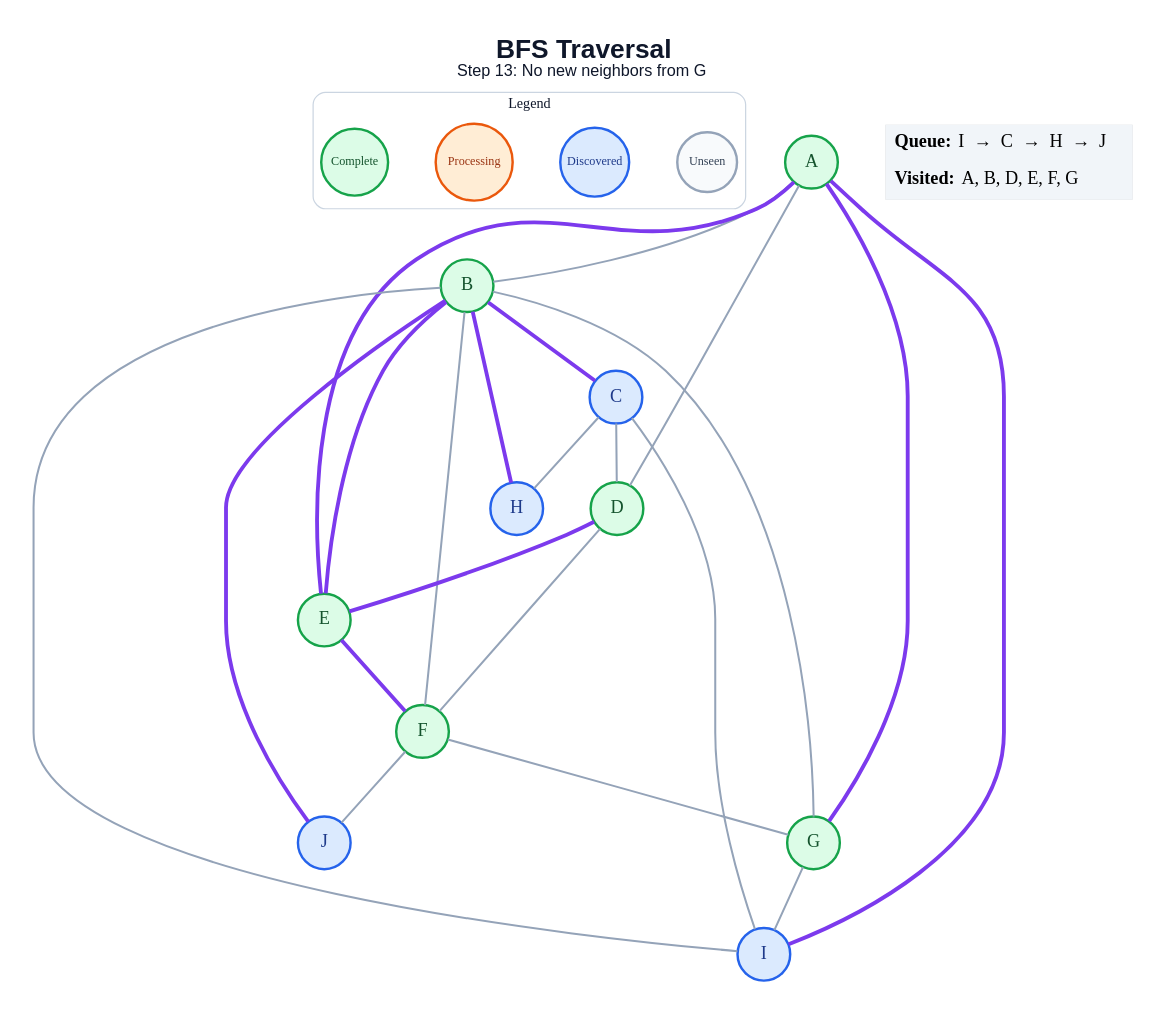
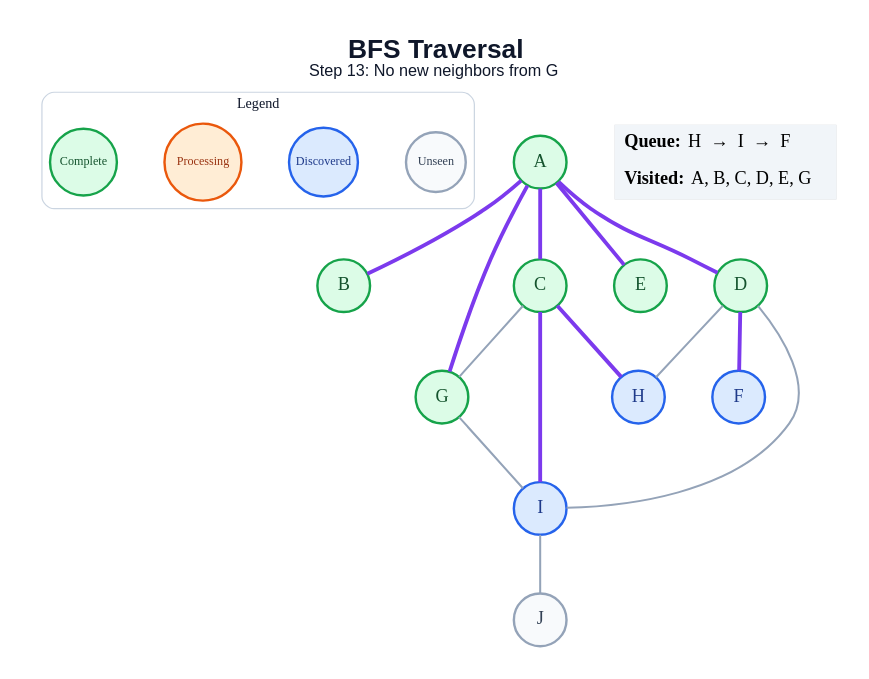
One commit to amanghodawala9/ai-slop changed the diagram in generated/specific-node/bfs/step_13.dot. Above: the diagram before and after it, drawn with Graphviz. The commit also changed 178 other files, not shown here.

```diff
--- a/generated/specific-node/bfs/step_13.dot
+++ b/generated/specific-node/bfs/step_13.dot
@@ -1,50 +1,42 @@
 graph traversal {
   graph [layout=dot, rankdir=TB, bgcolor="#FFFFFF", pad="0.35", nodesep="0.65", ranksep="0.8", fontname="Arial"];
   node [shape=circle, style="filled", fontname="Arial Bold", fontsize=18, width=0.72, fixedsize=true, penwidth=2.4];
   edge [color="#94A3B8", penwidth=2.0];
   label=<<B>BFS Traversal</B><BR/><FONT POINT-SIZE="16">Step 13: No new neighbors from G</FONT>>; labelloc="t"; fontsize=26; fontname="Arial"; fontcolor="#0F172A";
   subgraph cluster_legend { label="Legend"; color="#CBD5E1"; penwidth=1.2; style="rounded"; fontsize=14; fontname="Arial Bold";
     key_unseen [label="Unseen", fillcolor="#F8FAFC", color="#94A3B8", fontcolor="#334155", fontsize=12, width=0.82];
     key_frontier [label="Discovered", fillcolor="#DBEAFE", color="#2563EB", fontcolor="#1E3A8A", fontsize=12, width=0.95];
     key_current [label="Processing", fillcolor="#FFEDD5", color="#EA580C", fontcolor="#9A3412", fontsize=12, width=1.05];
     key_done [label="Complete", fillcolor="#DCFCE7", color="#16A34A", fontcolor="#14532D", fontsize=12, width=0.92];
     { rank=same; key_unseen; key_frontier; key_current; key_done; }
   }
   A [fillcolor="#DCFCE7", color="#16A34A", fontcolor="#14532D"];
   B [fillcolor="#DCFCE7", color="#16A34A", fontcolor="#14532D"];
-  C [fillcolor="#DBEAFE", color="#2563EB", fontcolor="#1E3A8A"];
+  C [fillcolor="#DCFCE7", color="#16A34A", fontcolor="#14532D"];
   D [fillcolor="#DCFCE7", color="#16A34A", fontcolor="#14532D"];
   E [fillcolor="#DCFCE7", color="#16A34A", fontcolor="#14532D"];
-  F [fillcolor="#DCFCE7", color="#16A34A", fontcolor="#14532D"];
+  F [fillcolor="#DBEAFE", color="#2563EB", fontcolor="#1E3A8A"];
   G [fillcolor="#DCFCE7", color="#16A34A", fontcolor="#14532D"];
   H [fillcolor="#DBEAFE", color="#2563EB", fontcolor="#1E3A8A"];
   I [fillcolor="#DBEAFE", color="#2563EB", fontcolor="#1E3A8A"];
-  J [fillcolor="#DBEAFE", color="#2563EB", fontcolor="#1E3A8A"];
-  A -- B;
-  A -- D;
+  J [fillcolor="#F8FAFC", color="#94A3B8", fontcolor="#334155"];
+  A -- B [color="#7C3AED", penwidth=3.8];
+  A -- C [color="#7C3AED", penwidth=3.8];
+  A -- D [color="#7C3AED", penwidth=3.8];
   A -- E [color="#7C3AED", penwidth=3.8];
   A -- G [color="#7C3AED", penwidth=3.8];
-  A -- I [color="#7C3AED", penwidth=3.8];
-  B -- C [color="#7C3AED", penwidth=3.8];
-  B -- E [color="#7C3AED", penwidth=3.8];
-  B -- F;
-  B -- G;
-  B -- H [color="#7C3AED", penwidth=3.8];
-  B -- I;
-  B -- J [color="#7C3AED", penwidth=3.8];
-  C -- D;
-  C -- H;
-  C -- I;
-  D -- E [color="#7C3AED", penwidth=3.8];
-  D -- F;
-  E -- F [color="#7C3AED", penwidth=3.8];
-  F -- G;
-  F -- J;
+  C -- G;
+  C -- H [color="#7C3AED", penwidth=3.8];
+  C -- I [color="#7C3AED", penwidth=3.8];
+  D -- F [color="#7C3AED", penwidth=3.8];
+  D -- H;
+  D -- I;
   G -- I;
+  I -- J;
   status [shape=plain, fixedsize=false, width=0, height=0, margin=0, label=<
     <TABLE BORDER="0" CELLBORDER="0" CELLPADDING="7" BGCOLOR="#F1F5F9">
-      <TR><TD ALIGN="LEFT"><B>Queue:</B> I  →  C  →  H  →  J</TD></TR>
-      <TR><TD ALIGN="LEFT"><B>Visited:</B> A, B, D, E, F, G</TD></TR>
+      <TR><TD ALIGN="LEFT"><B>Queue:</B> H  →  I  →  F</TD></TR>
+      <TR><TD ALIGN="LEFT"><B>Visited:</B> A, B, C, D, E, G</TD></TR>
     </TABLE>
   >];
 }
```
